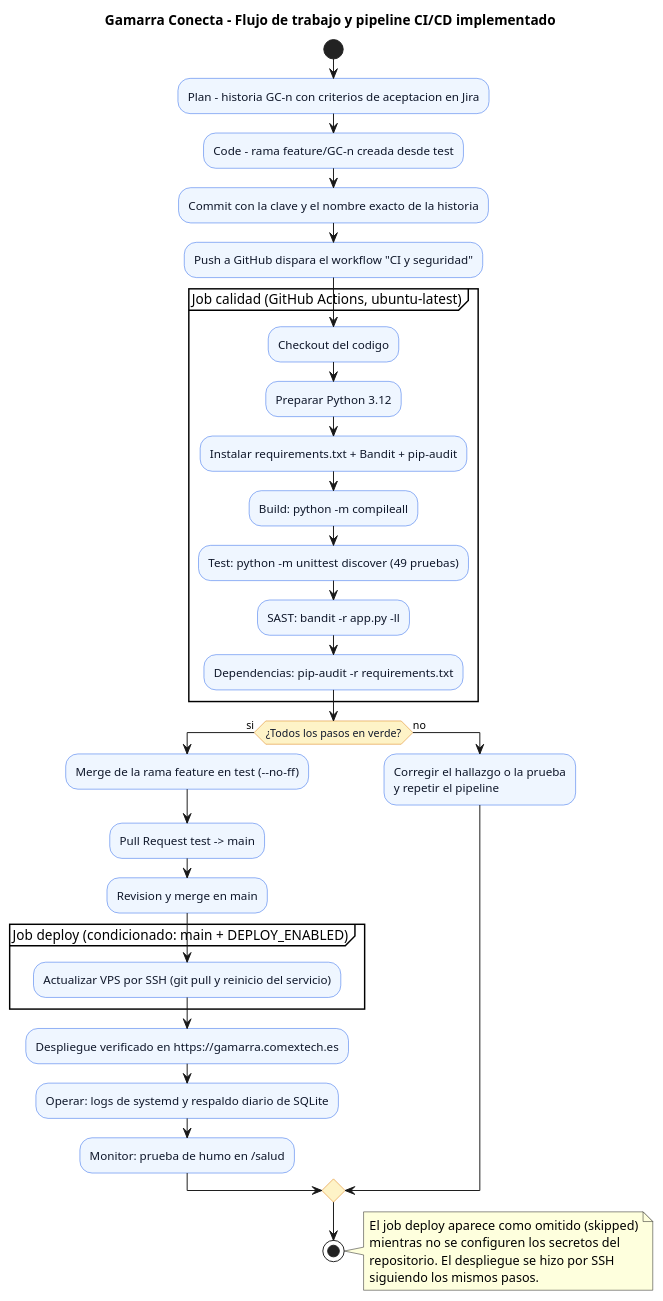
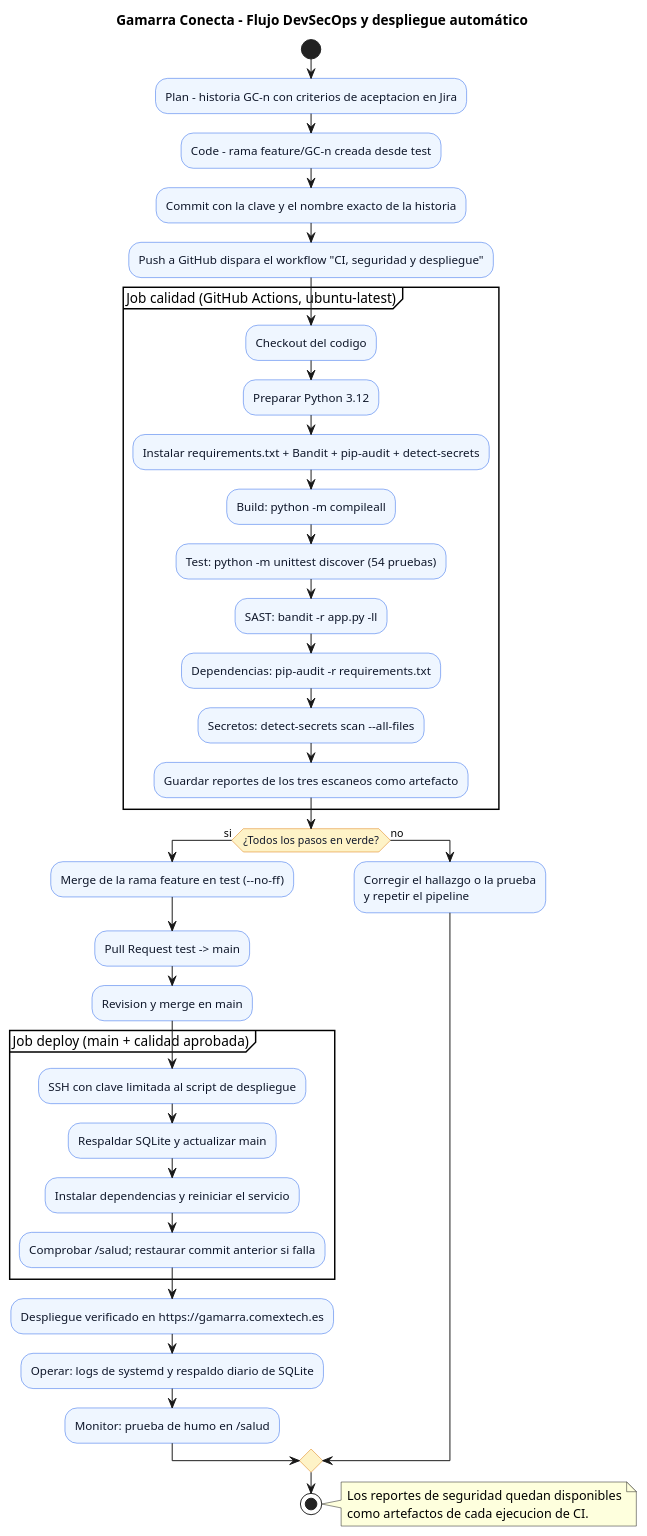
Before and after one commit to michellemontoyarocca/gamarra-conecta: the diagram in docs/diagramas/05_pipeline_devsecops.puml, drawn with PlantUML. The commit also changed 9 other files, not shown here.

Commit message:
GC-16: reforzar seguridad y automatizar despliegue

```diff
--- a/docs/diagramas/05_pipeline_devsecops.puml
+++ b/docs/diagramas/05_pipeline_devsecops.puml
@@ -1,47 +1,50 @@
 @startuml
-title Gamarra Conecta - Flujo de trabajo y pipeline CI/CD implementado
+title Gamarra Conecta - Flujo DevSecOps y despliegue automático
 skinparam backgroundColor #FFFFFF
 skinparam shadowing false
 skinparam defaultFontName Arial
 skinparam activity {
   BackgroundColor #EFF6FF
   BorderColor #2563EB
   FontColor #0F172A
   DiamondBackgroundColor #FEF3C7
   DiamondBorderColor #D97706
 }
 start
 :Plan - historia GC-n con criterios de aceptacion en Jira;
 :Code - rama feature/GC-n creada desde test;
 :Commit con la clave y el nombre exacto de la historia;
-:Push a GitHub dispara el workflow "CI y seguridad";
+:Push a GitHub dispara el workflow "CI, seguridad y despliegue";
 partition "Job calidad (GitHub Actions, ubuntu-latest)" {
   :Checkout del codigo;
   :Preparar Python 3.12;
-  :Instalar requirements.txt + Bandit + pip-audit;
+  :Instalar requirements.txt + Bandit + pip-audit + detect-secrets;
   :Build: python -m compileall;
-  :Test: python -m unittest discover (49 pruebas);
+  :Test: python -m unittest discover (54 pruebas);
   :SAST: bandit -r app.py -ll;
   :Dependencias: pip-audit -r requirements.txt;
+  :Secretos: detect-secrets scan --all-files;
+  :Guardar reportes de los tres escaneos como artefacto;
 }
 if (¿Todos los pasos en verde?) then (si)
   :Merge de la rama feature en test (--no-ff);
   :Pull Request test -> main;
   :Revision y merge en main;
-  partition "Job deploy (condicionado: main + DEPLOY_ENABLED)" {
-    :Actualizar VPS por SSH (git pull y reinicio del servicio);
+  partition "Job deploy (main + calidad aprobada)" {
+    :SSH con clave limitada al script de despliegue;
+    :Respaldar SQLite y actualizar main;
+    :Instalar dependencias y reiniciar el servicio;
+    :Comprobar /salud; restaurar commit anterior si falla;
   }
   :Despliegue verificado en https://gamarra.comextech.es;
   :Operar: logs de systemd y respaldo diario de SQLite;
   :Monitor: prueba de humo en /salud;
 else (no)
   :Corregir el hallazgo o la prueba\ny repetir el pipeline;
 endif
 stop
 note right
-  El job deploy aparece como omitido (skipped)
-  mientras no se configuren los secretos del
-  repositorio. El despliegue se hizo por SSH
-  siguiendo los mismos pasos.
+  Los reportes de seguridad quedan disponibles
+  como artefactos de cada ejecucion de CI.
 end note
 @enduml
```
